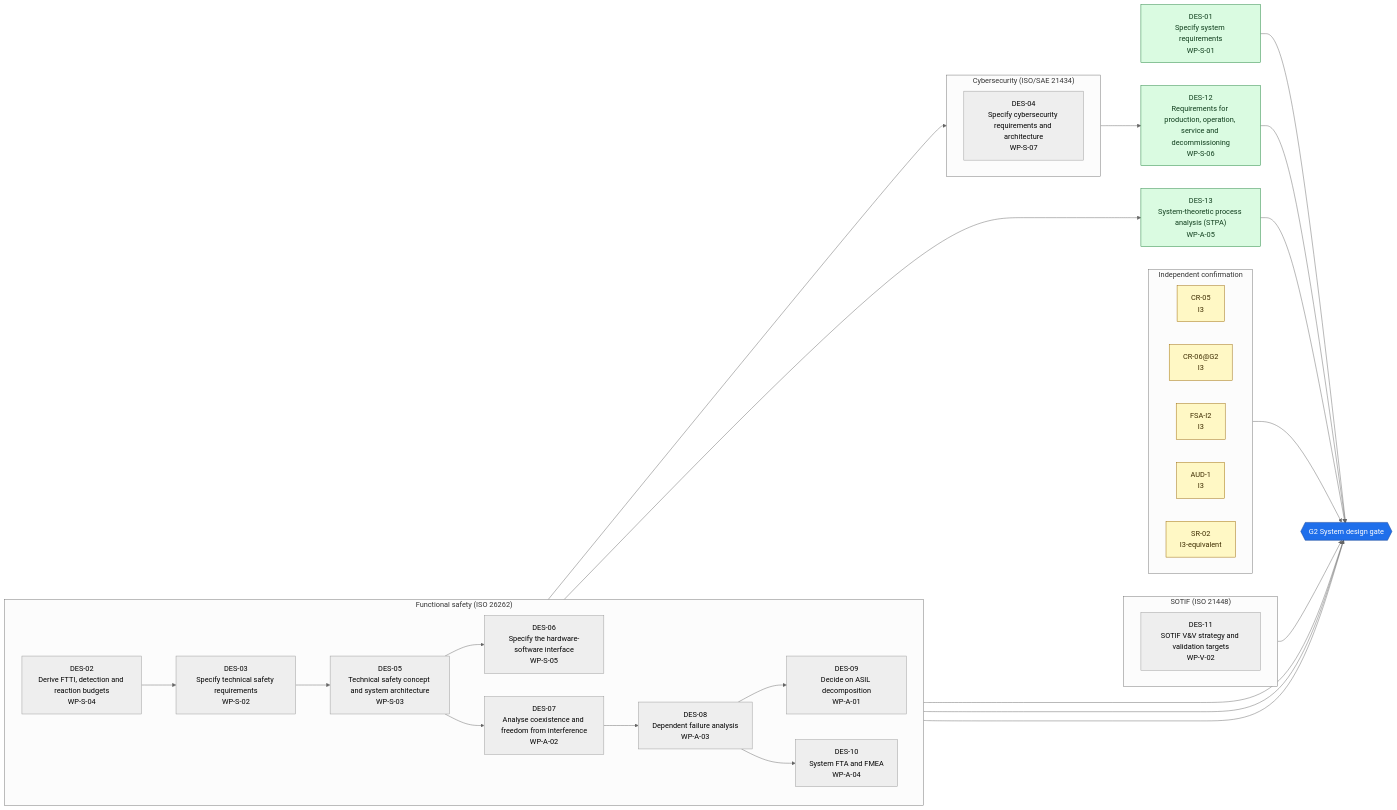
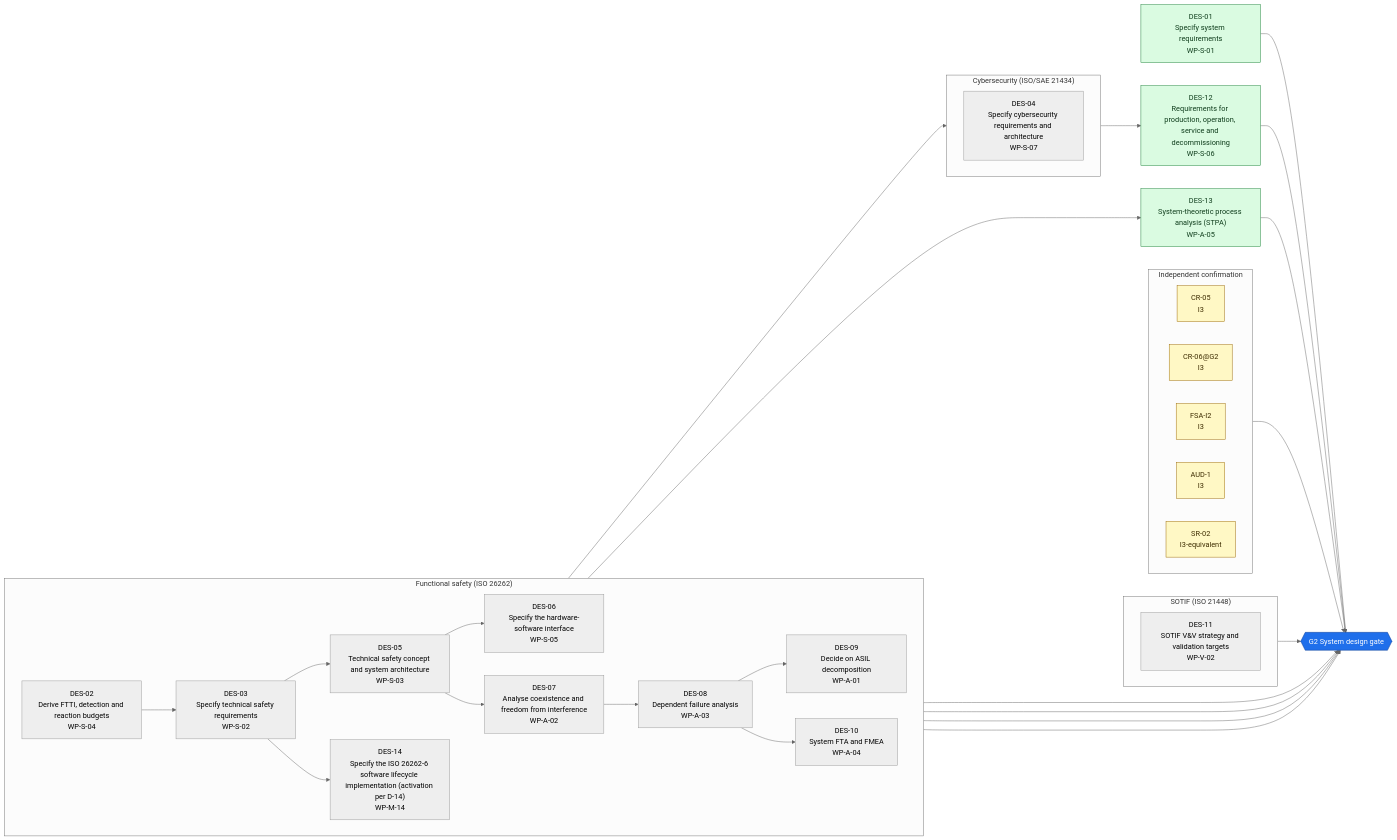
One commit to jherrodthomas/LionDriver changed the first of 2 diagrams in assurance/process/maps/g2-system-design.md. Above: the diagram before and after it, drawn with Mermaid (neutral theme). The commit also changed other lines of this file and 59 other files, not shown here.

First line of the commit message:
ISO 26262-6 implementation spec (WP-M-14) and software work-product alignment (RR-2026-009) (#47)

````diff
--- a/assurance/process/maps/g2-system-design.md
+++ b/assurance/process/maps/g2-system-design.md
@@ -11,58 +11,61 @@
 ```mermaid
 flowchart LR
   DES_01["DES-01<br/>Specify system requirements<br/>WP-S-01"]
   DES_12["DES-12<br/>Requirements for production, operation, service and decommissioning<br/>WP-S-06"]
   DES_13["DES-13<br/>System-theoretic process analysis (STPA)<br/>WP-A-05"]
   subgraph L_fusa["Functional safety (ISO 26262)"]
     direction LR
     DES_02["DES-02<br/>Derive FTTI, detection and reaction budgets<br/>WP-S-04"]
     DES_03["DES-03<br/>Specify technical safety requirements<br/>WP-S-02"]
     DES_05["DES-05<br/>Technical safety concept and system architecture<br/>WP-S-03"]
     DES_06["DES-06<br/>Specify the hardware-software interface<br/>WP-S-05"]
     DES_07["DES-07<br/>Analyse coexistence and freedom from interference<br/>WP-A-02"]
     DES_08["DES-08<br/>Dependent failure analysis<br/>WP-A-03"]
     DES_09["DES-09<br/>Decide on ASIL decomposition<br/>WP-A-01"]
     DES_10["DES-10<br/>System FTA and FMEA<br/>WP-A-04"]
+    DES_14["DES-14<br/>Specify the ISO 26262-6 software lifecycle implementation (activation per D-14)<br/>WP-M-14"]
   end
   subgraph L_sotif["SOTIF (ISO 21448)"]
     direction LR
     DES_11["DES-11<br/>SOTIF V&V strategy and validation targets<br/>WP-V-02"]
   end
   subgraph L_cs["Cybersecurity (ISO/SAE 21434)"]
     direction LR
     DES_04["DES-04<br/>Specify cybersecurity requirements and architecture<br/>WP-S-07"]
   end
   subgraph L_assess["Independent confirmation"]
     direction LR
     CR_05["CR-05<br/>I3"]
     CR_06_G2["CR-06@G2<br/>I3"]
     FSA_I2["FSA-I2<br/>I3"]
     AUD_1["AUD-1<br/>I3"]
     SR_02["SR-02<br/>I3-equivalent"]
   end
   GATE{{"G2 System design gate"}}
   DES_02 --> DES_03
   DES_03 --> DES_04
   DES_03 --> DES_05
   DES_05 --> DES_06
   DES_05 --> DES_07
   DES_07 --> DES_08
   DES_08 --> DES_09
   DES_08 --> DES_10
   DES_04 --> DES_12
   DES_03 --> DES_13
+  DES_03 --> DES_14
   DES_01 --> GATE
   DES_06 --> GATE
   DES_09 --> GATE
   DES_10 --> GATE
   DES_11 --> GATE
   DES_12 --> GATE
   DES_13 --> GATE
+  DES_14 --> GATE
   L_assess --> GATE
   classDef joint fill:#dafbe1,stroke:#1a7f37,color:#0f3d1c
   class DES_01,DES_12,DES_13 joint
   classDef review fill:#fff8c5,stroke:#9a6700,color:#3d2c00
   class CR_05,CR_06_G2,FSA_I2,AUD_1,SR_02 review
   classDef gate fill:#1f6feb,stroke:#0b3d91,color:#ffffff
   class GATE gate
 ```
````
